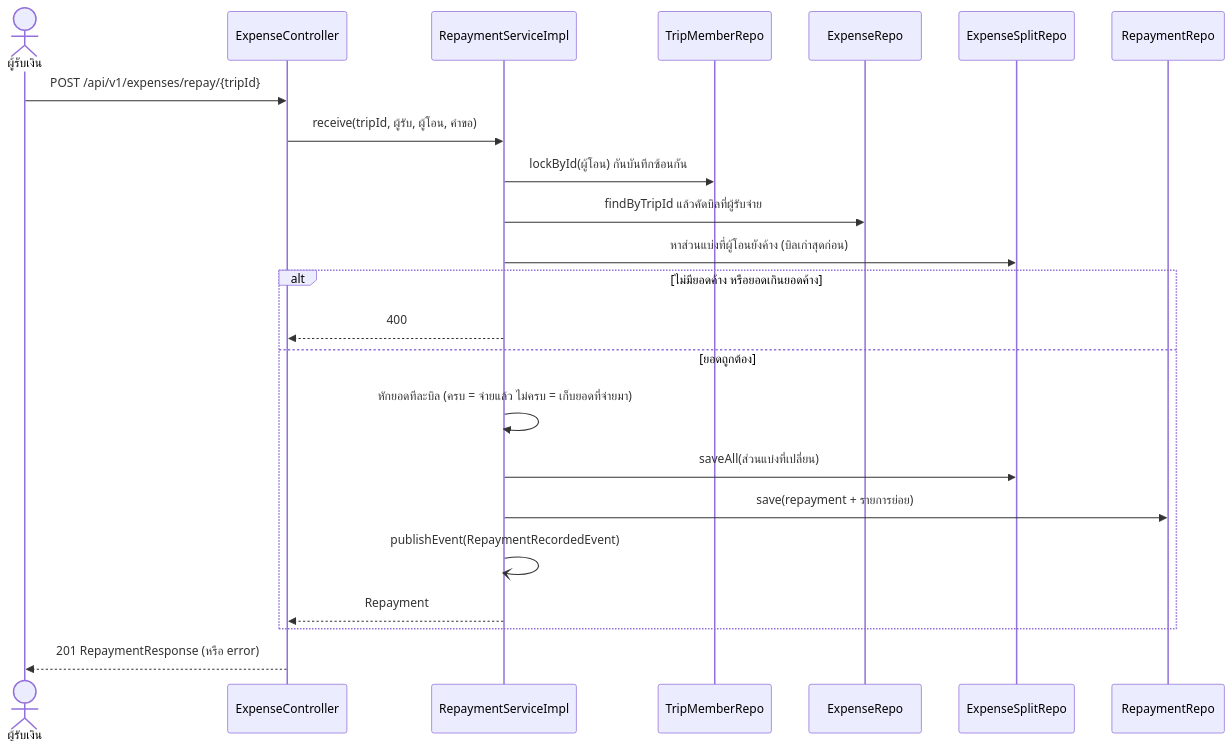
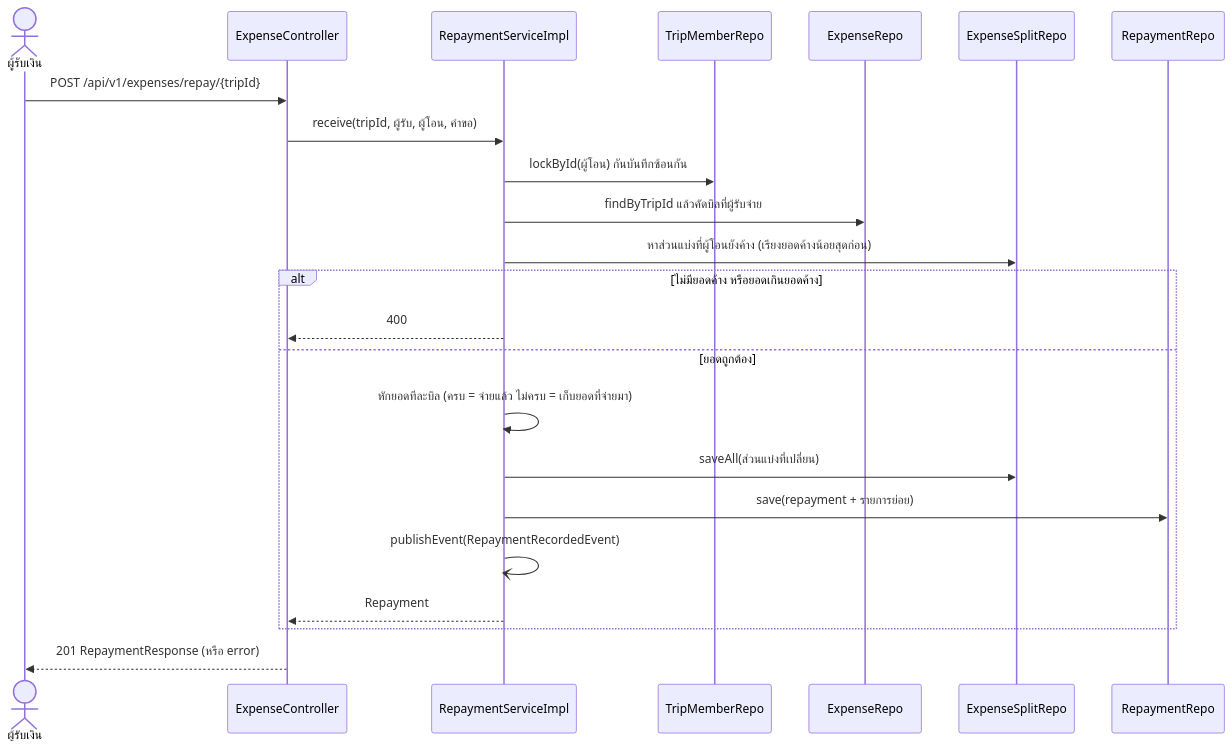
Before and after one commit to txark/Trip_Spitter: the fourth of 5 diagrams in doc/diagrams/04-sequence-diagrams.md, drawn with Mermaid. The commit also changed 6 other files, not shown here.

Commit message:
docs: update diagrams and test report for smallest-first repayment and latest-only undo

````diff
--- a/doc/diagrams/04-sequence-diagrams.md
+++ b/doc/diagrams/04-sequence-diagrams.md
@@ -93,25 +93,25 @@
 ```mermaid
 sequenceDiagram
     actor U as ผู้รับเงิน
     participant C as ExpenseController
     participant S as RepaymentServiceImpl
     participant MR as TripMemberRepo
     participant ER as ExpenseRepo
     participant SR as ExpenseSplitRepo
     participant RR as RepaymentRepo
     U->>C: POST /api/v1/expenses/repay/{tripId}
     C->>S: receive(tripId, ผู้รับ, ผู้โอน, คำขอ)
     S->>MR: lockById(ผู้โอน) กันบันทึกซ้อนกัน
     S->>ER: findByTripId แล้วคัดบิลที่ผู้รับจ่าย
-    S->>SR: หาส่วนแบ่งที่ผู้โอนยังค้าง (บิลเก่าสุดก่อน)
+    S->>SR: หาส่วนแบ่งที่ผู้โอนยังค้าง (เรียงยอดค้างน้อยสุดก่อน)
     alt ไม่มียอดค้าง หรือยอดเกินยอดค้าง
         S-->>C: 400
     else ยอดถูกต้อง
         S->>S: หักยอดทีละบิล (ครบ = จ่ายแล้ว ไม่ครบ = เก็บยอดที่จ่ายมา)
         S->>SR: saveAll(ส่วนแบ่งที่เปลี่ยน)
         S->>RR: save(repayment + รายการย่อย)
         S-)S: publishEvent(RepaymentRecordedEvent)
         S-->>C: Repayment
     end
     C-->>U: 201 RepaymentResponse (หรือ error)
 ```
````
